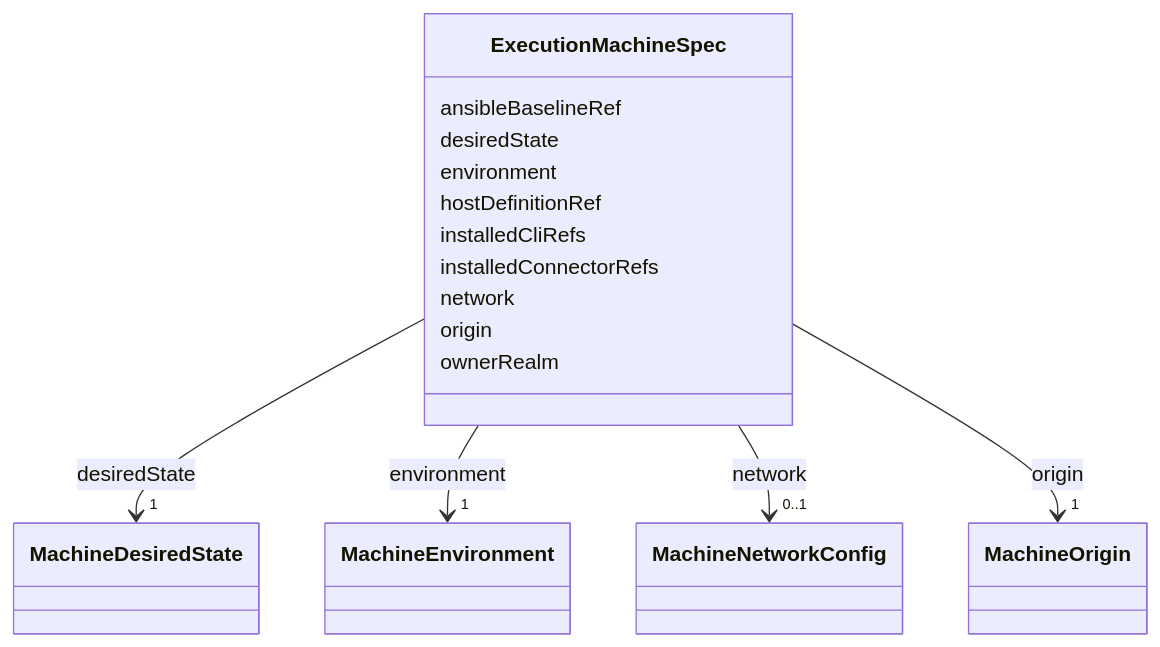
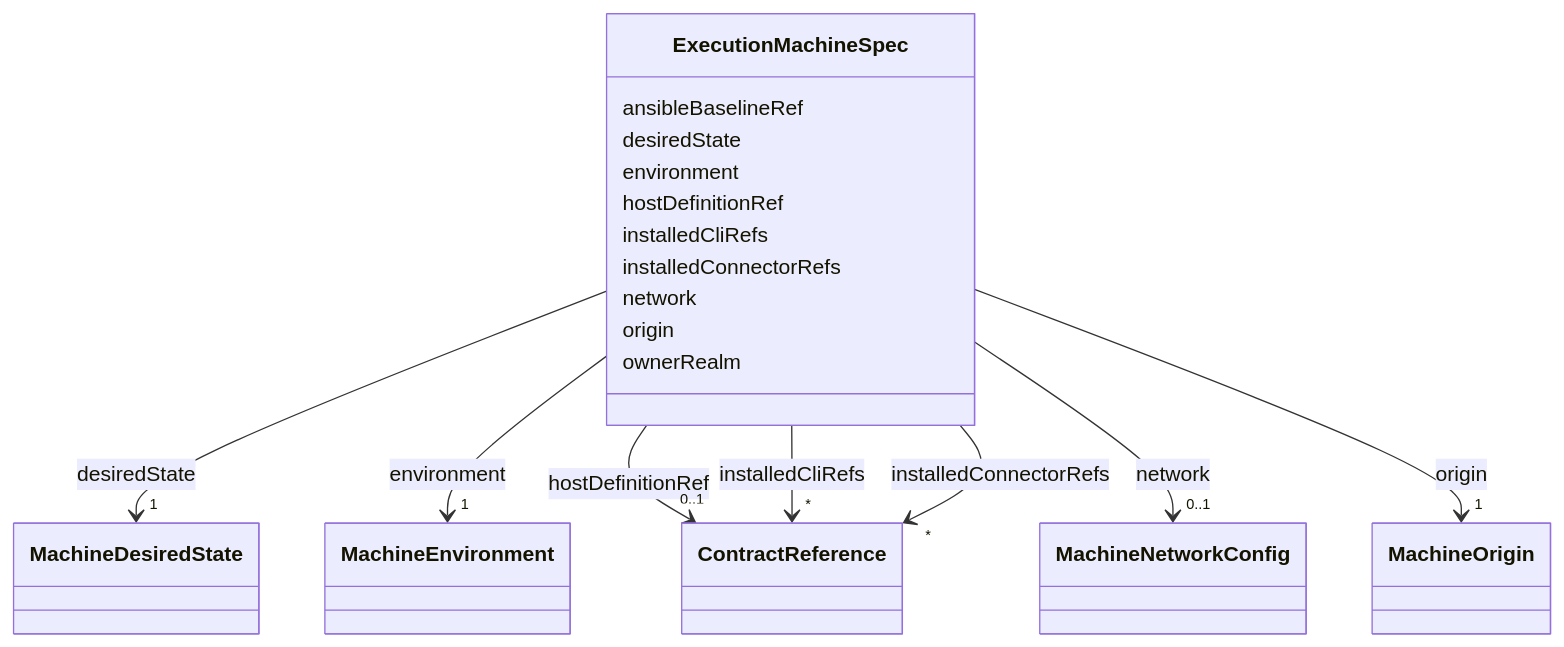
Before and after one commit to open4good/jumo-core: the diagram in metamodel/generated/docs/ExecutionMachineSpec.md, drawn with Mermaid. The commit also changed other lines of this file and 42 other files, not shown here.

```diff
--- a/metamodel/generated/docs/ExecutionMachineSpec.md
+++ b/metamodel/generated/docs/ExecutionMachineSpec.md
@@ -50,9 +50,36 @@
 
       ExecutionMachineSpec : hostDefinitionRef
 
+
+
+
+
+        ExecutionMachineSpec --> "0..1" ContractReference : hostDefinitionRef
+        click ContractReference href "../ContractReference/"
+
+
+
       ExecutionMachineSpec : installedCliRefs
 
+
+
+
+
+        ExecutionMachineSpec --> "*" ContractReference : installedCliRefs
+        click ContractReference href "../ContractReference/"
+
+
+
       ExecutionMachineSpec : installedConnectorRefs
+
+
+
+
+
+        ExecutionMachineSpec --> "*" ContractReference : installedConnectorRefs
+        click ContractReference href "../ContractReference/"
+
+
 
       ExecutionMachineSpec : network
 
```
